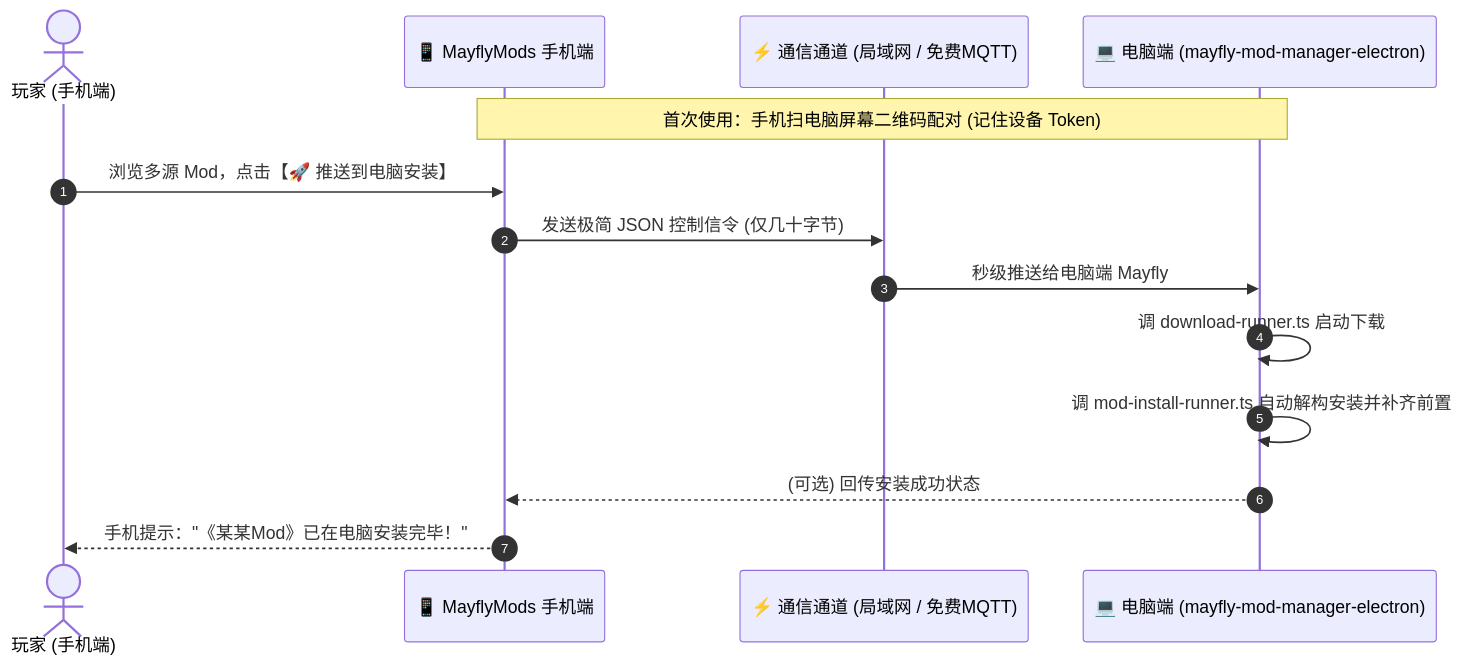
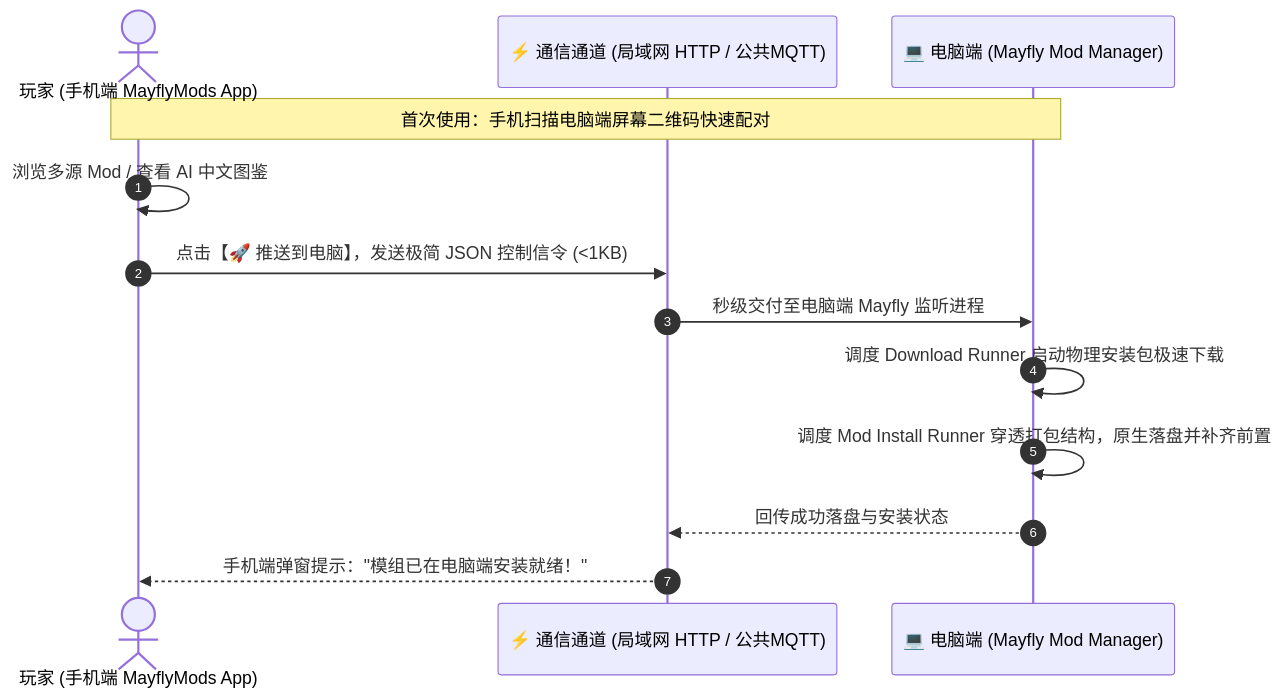
One commit to aojiangfuyou1/mayflyModsApp changed the diagram in README.md. Above: the diagram before and after it, drawn with Mermaid. The commit also changed other lines of this file, not shown here.

````diff
--- a/README.md
+++ b/README.md
@@ -68,17 +85,16 @@
 ```mermaid
 sequenceDiagram
     autonumber
-    actor Player as 玩家 (手机端)
-    participant App as 📱 MayflyMods 手机端
-    participant Broker as ⚡ 通信通道 (局域网 / 免费MQTT)
-    participant PC as 💻 电脑端 (mayfly-mod-manager-electron)
+    actor Player as 玩家 (手机端 MayflyMods App)
+    participant Broker as ⚡ 通信通道 (局域网 HTTP / 公共MQTT)
+    participant PC as 💻 电脑端 (Mayfly Mod Manager)
     
-    Note over App,PC: 首次使用：手机扫电脑屏幕二维码配对 (记住设备 Token)
-    Player->>App: 浏览多源 Mod，点击【🚀 推送到电脑安装】
-    App->>Broker: 发送极简 JSON 控制信令 (仅几十字节)
-    Broker->>PC: 秒级推送给电脑端 Mayfly
-    PC->>PC: 调 download-runner.ts 启动下载
-    PC->>PC: 调 mod-install-runner.ts 自动解构安装并补齐前置
-    PC-->>App: (可选) 回传安装成功状态
-    App-->>Player: 手机提示："《某某Mod》已在电脑安装完毕！"
+    Note over Player,PC: 首次使用：手机扫描电脑端屏幕二维码快速配对
+    Player->>Player: 浏览多源 Mod / 查看 AI 中文图鉴
+    Player->>Broker: 点击【🚀 推送到电脑】，发送极简 JSON 控制信令 (<1KB)
+    Broker->>PC: 秒级交付至电脑端 Mayfly 监听进程
+    PC->>PC: 调度 Download Runner 启动物理安装包极速下载
+    PC->>PC: 调度 Mod Install Runner 穿透打包结构，原生落盘并补齐前置
+    PC-->>Broker: 回传成功落盘与安装状态
+    Broker-->>Player: 手机端弹窗提示："模组已在电脑端安装就绪！"
 ```
````
